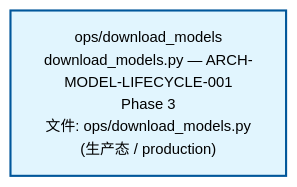
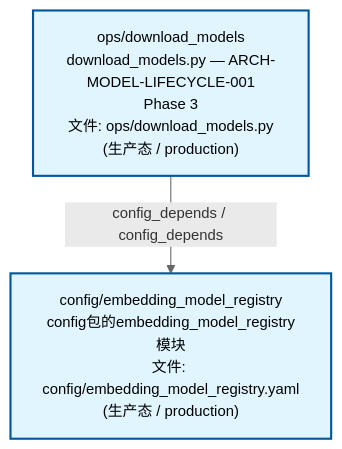
One commit to xuanFelixVan/ZephyrAlpha changed the second of 3 diagrams in docs/02_enterprise_architecture/02_domain_architecture_docs/04_d_infra_ops.md. Above: the diagram before and after it, drawn with Mermaid. The commit also changed other lines of this file and 59 other files, not shown here.

````diff
--- a/docs/02_enterprise_architecture/02_domain_architecture_docs/04_d_infra_ops.md
+++ b/docs/02_enterprise_architecture/02_domain_architecture_docs/04_d_infra_ops.md
@@ -71,10 +73,12 @@
 ```mermaid
 %%{init: {'theme': 'base', 'themeVariables': {'primaryColor': '#eaeaea', 'primaryTextColor': '#333333', 'primaryBorderColor': '#666666', 'lineColor': '#666666', 'secondaryColor': '#eaeaea', 'tertiaryColor': '#eaeaea', 'fontSize': '14px'}}}%%
 flowchart TD
     scripts_ops_download_models_py["ops/download_models<br/>download_models.py — ARCH-MODEL-LIFECYCLE-001<br/>Phase 3<br/>文件: ops/download_models.py<br/>(生产态 / production)"]
+    config_embedding_model_registry_yaml["config/embedding_model_registry<br/>config包的embedding_model_registry模块<br/>文件: config/embedding_model_registry.yaml<br/>(生产态 / production)"]
+    scripts_ops_download_models_py -->|config_depends / config_depends| config_embedding_model_registry_yaml
     classDef production fill:#e1f5fe,stroke:#01579b,stroke-width:2px,color:#000
     classDef design fill:#fff3e0,stroke:#e65100,stroke-width:2px,color:#000,stroke-dasharray: 5 5
     classDef external_prod fill:#e8f4fd,stroke:#0277bd,stroke-width:1px,color:#000
     classDef external_design fill:#fff8e7,stroke:#ef6c00,stroke-width:1px,color:#000,stroke-dasharray: 5 5
-    class scripts_ops_download_models_py production
+    class config_embedding_model_registry_yaml,scripts_ops_download_models_py production
 ```
````
